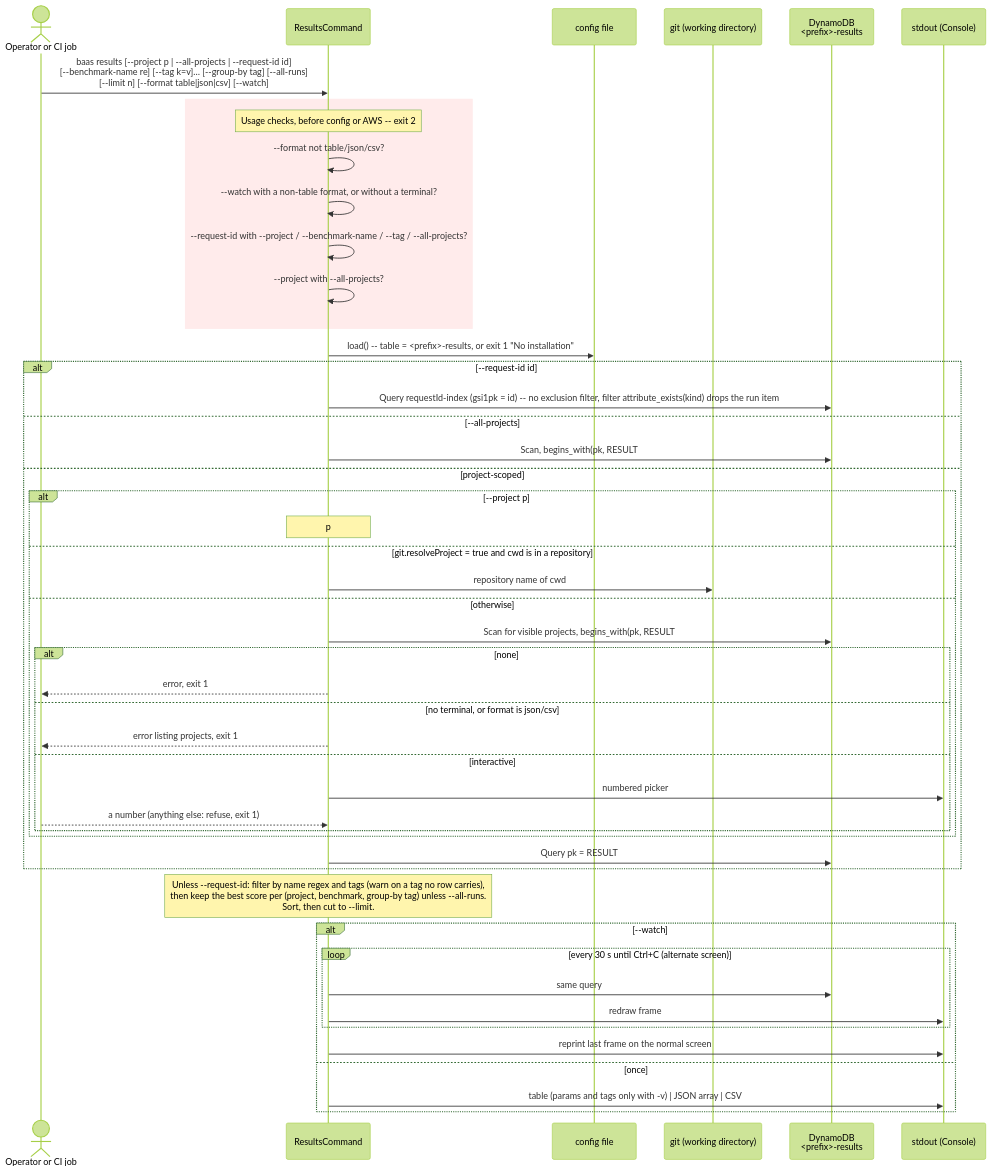
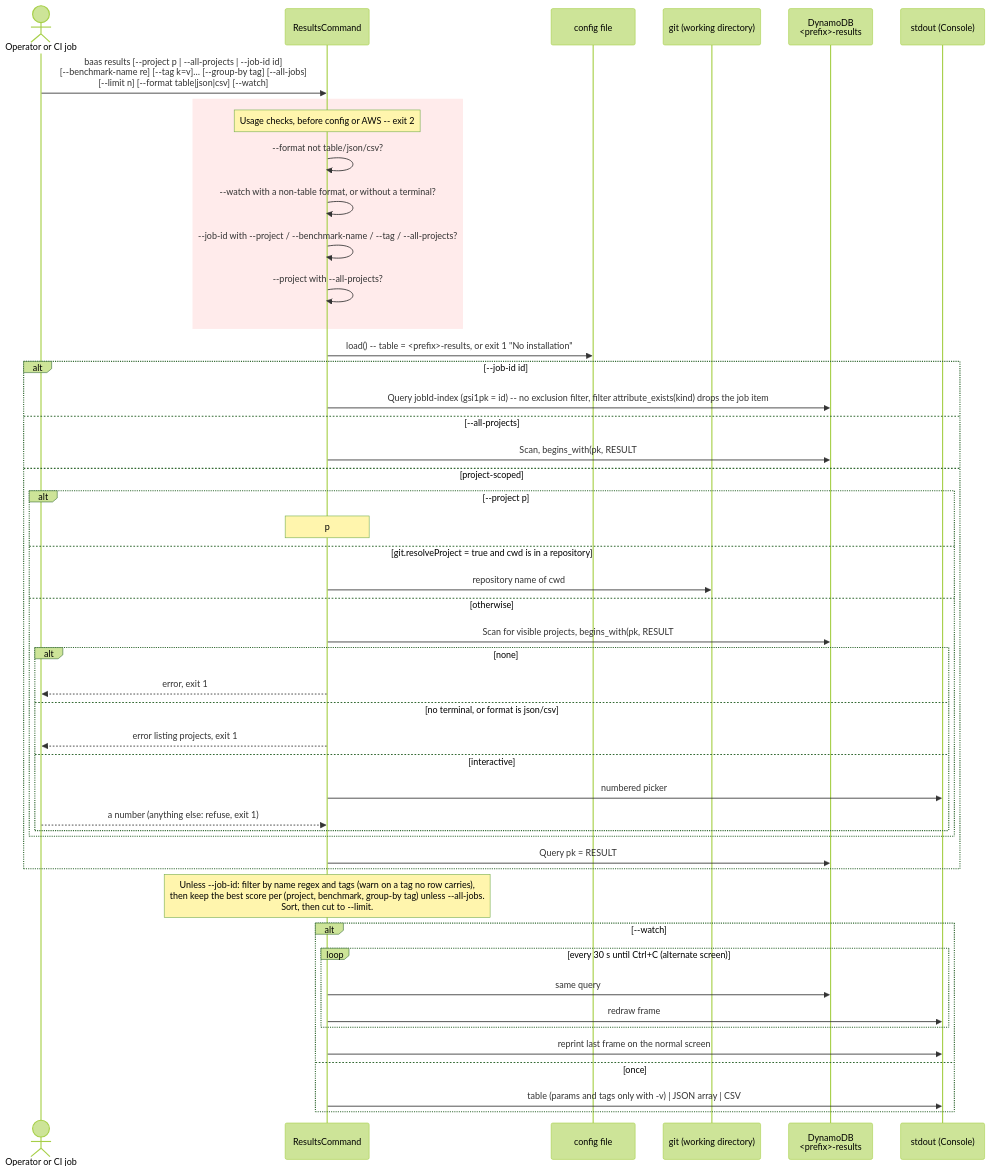
The diagram in docs/diagrams/baas-results.mmd (wsztajerowski/benchmark-as-a-service), drawn with Mermaid (forest theme) before and after one commit. The commit also changed 21 other files, not shown here.

First line of the commit message:
docs: call a run a job in the docs and diagrams

```diff
--- a/docs/diagrams/baas-results.mmd
+++ b/docs/diagrams/baas-results.mmd
@@ -1,53 +1,53 @@
 sequenceDiagram
     actor User as Operator or CI job
     participant RC as ResultsCommand
     participant CFG as config file
     participant Git as git (working directory)
     participant DDB as DynamoDB<br/><prefix>-results
     participant Out as stdout (Console)
 
-    User->>RC: baas results [--project p | --all-projects | --request-id id]<br/>[--benchmark-name re] [--tag k=v]… [--group-by tag] [--all-runs]<br/>[--limit n] [--format table|json|csv] [--watch]
+    User->>RC: baas results [--project p | --all-projects | --job-id id]<br/>[--benchmark-name re] [--tag k=v]… [--group-by tag] [--all-jobs]<br/>[--limit n] [--format table|json|csv] [--watch]
 
     rect rgb(255, 235, 235)
         Note over RC: Usage checks, before config or AWS -- exit 2
         RC->>RC: --format not table/json/csv?
         RC->>RC: --watch with a non-table format, or without a terminal?
-        RC->>RC: --request-id with --project / --benchmark-name / --tag / --all-projects?
+        RC->>RC: --job-id with --project / --benchmark-name / --tag / --all-projects?
         RC->>RC: --project with --all-projects?
     end
 
     RC->>CFG: load() -- table = <prefix>-results, or exit 1 "No installation"
 
-    alt --request-id id
-        RC->>DDB: Query requestId-index (gsi1pk = id) -- no exclusion filter, filter attribute_exists(kind) drops the run item
+    alt --job-id id
+        RC->>DDB: Query jobId-index (gsi1pk = id) -- no exclusion filter, filter attribute_exists(kind) drops the job item
     else --all-projects
-        RC->>DDB: Scan, begins_with(pk, RESULT#) (exclude_from_results filtered unless --all-runs)
+        RC->>DDB: Scan, begins_with(pk, RESULT#) (exclude_from_results filtered unless --all-jobs)
     else project-scoped
         alt --project p
             Note over RC: p
         else git.resolveProject = true and cwd is in a repository
             RC->>Git: repository name of cwd
         else otherwise
-            RC->>DDB: Scan for visible projects, begins_with(pk, RESULT#) -- run items never offer a project
+            RC->>DDB: Scan for visible projects, begins_with(pk, RESULT#) -- job items never offer a project
             alt none
                 RC-->>User: error, exit 1
             else no terminal, or format is json/csv
                 RC-->>User: error listing projects, exit 1
             else interactive
                 RC->>Out: numbered picker
                 User-->>RC: a number (anything else: refuse, exit 1)
             end
         end
         RC->>DDB: Query pk = RESULT#<project>
     end
 
-    Note over RC: Unless --request-id: filter by name regex and tags (warn on a tag no row carries),<br/>then keep the best score per (project, benchmark, group-by tag) unless --all-runs.<br/>Sort, then cut to --limit.
+    Note over RC: Unless --job-id: filter by name regex and tags (warn on a tag no row carries),<br/>then keep the best score per (project, benchmark, group-by tag) unless --all-jobs.<br/>Sort, then cut to --limit.
     alt --watch
         loop every 30 s until Ctrl+C (alternate screen)
             RC->>DDB: same query
             RC->>Out: redraw frame
         end
         RC->>Out: reprint last frame on the normal screen
     else once
         RC->>Out: table (params and tags only with -v) | JSON array | CSV
     end
```
